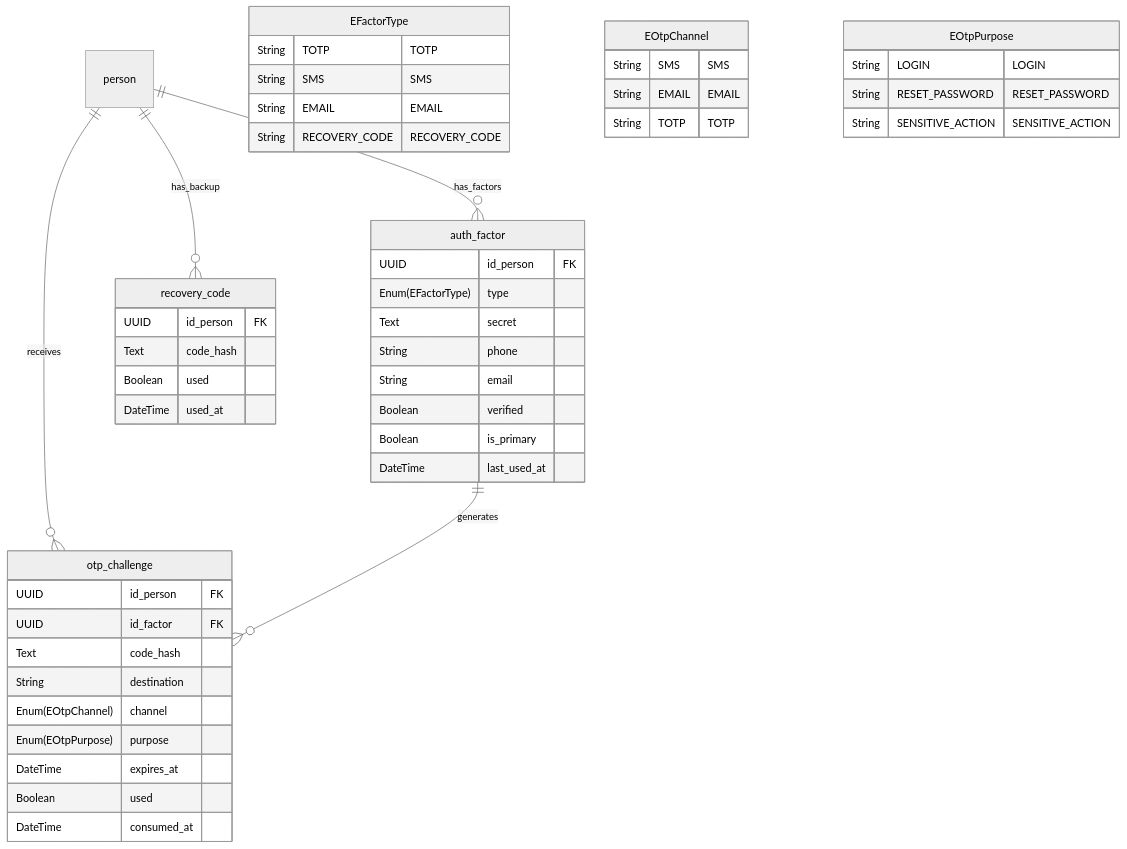
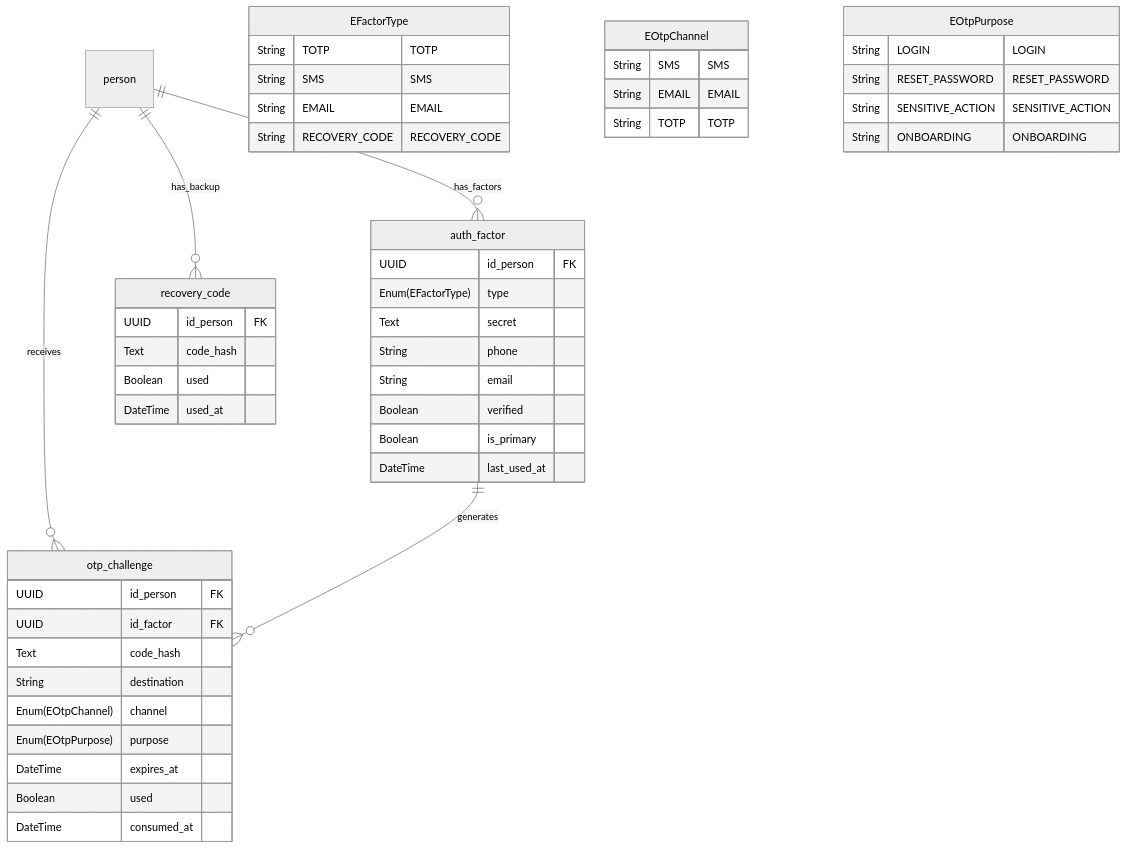
One commit to m4ck-y/dh_docs changed the diagram in db/postgres/mfa/erd.mmd. Above: the diagram before and after it, drawn with Mermaid (neutral theme). The commit also changed 10 other files, not shown here.

Commit message:
docs flow onboarding

```diff
--- a/db/postgres/mfa/erd.mmd
+++ b/db/postgres/mfa/erd.mmd
@@ -1,75 +1,76 @@
 erDiagram
     %% MFA SCHEMA
     %% Autenticacion multifactor
     %% Todas las entidades heredan de BaseModel (id, created_at, updated_at, deleted_at)
     %% Solo se muestran columnas especificas de cada entidad
 
     %% REFERENCIAS EXTERNAS
     %% person: definida en schema people
 
     %% RELACIONES
     person ||--o{ auth_factor : "has_factors"
     person ||--o{ otp_challenge : "receives"
     person ||--o{ recovery_code : "has_backup"
     auth_factor ||--o{ otp_challenge : "generates"
 
     %% ENUMS
     EFactorType {
         String TOTP "TOTP"
         String SMS "SMS"
         String EMAIL "EMAIL"
         String RECOVERY_CODE "RECOVERY_CODE"
     }
 
     EOtpChannel {
         String SMS "SMS"
         String EMAIL "EMAIL"
         String TOTP "TOTP"
     }
 
     EOtpPurpose {
         String LOGIN "LOGIN"
         String RESET_PASSWORD "RESET_PASSWORD"
         String SENSITIVE_ACTION "SENSITIVE_ACTION"
+        String ONBOARDING "ONBOARDING"
     }
 
     %% ENTIDADES
     %% auth_factor: metodo MFA habilitado por persona
     %% secret: seed TOTP o valor encriptado (SIEMPRE encriptado, nunca texto plano)
     %% is_primary: factor principal (recomendado: TOTP, fallback: SMS o EMAIL)
     auth_factor {
         UUID id_person FK
         Enum(EFactorType) type
         Text secret
         String phone
         String email
         Boolean verified
         Boolean is_primary
         DateTime last_used_at
     }
 
     %% otp_challenge: desafio OTP temporal (expira en 1-5 minutos)
     %% code_hash: hash del codigo OTP (nunca raw code)
     %% single-use: se invalida al consumirse
     otp_challenge {
         UUID id_person FK
         UUID id_factor FK
         Text code_hash
         String destination
         Enum(EOtpChannel) channel
         Enum(EOtpPurpose) purpose
         DateTime expires_at
         Boolean used
         DateTime consumed_at
     }
 
     %% recovery_code: codigos de respaldo de emergencia
     %% Se generan una sola vez, se muestran al usuario una vez
     %% code_hash: hash del codigo (nunca texto plano)
     %% single-use: se invalida al consumirse
     recovery_code {
         UUID id_person FK
         Text code_hash
         Boolean used
         DateTime used_at
     }
```
